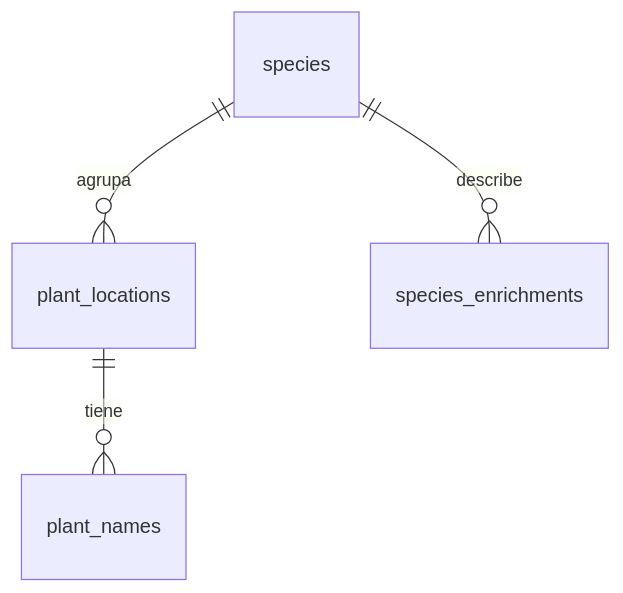
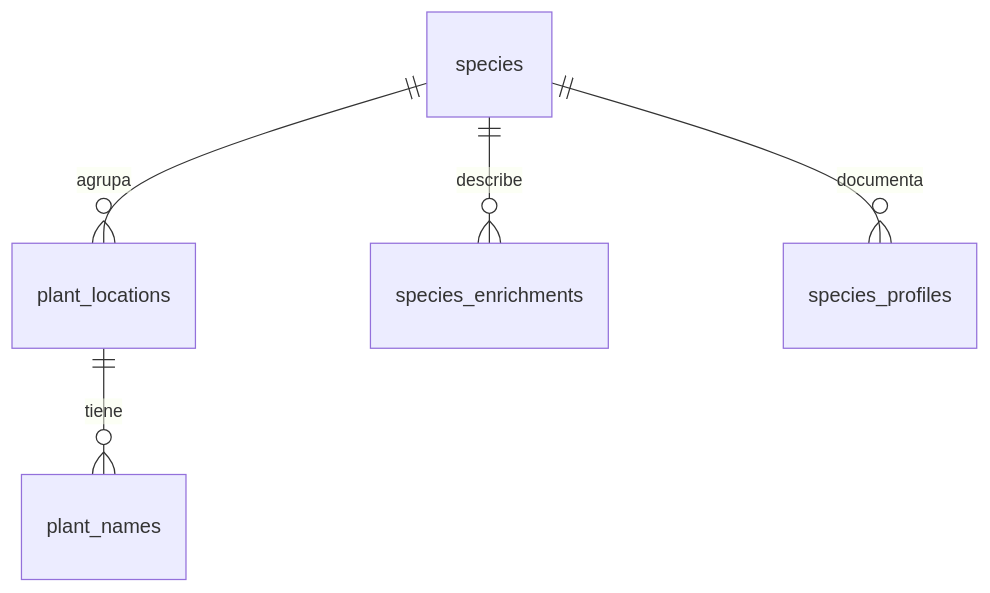
One commit to huugok/NatureMaps-Backend changed the diagram in docs/data-model.md. Above: the diagram before and after it, drawn with Mermaid. The commit also changed other lines of this file and 12 other files, not shown here.

````diff
--- a/docs/data-model.md
+++ b/docs/data-model.md
@@ -21,6 +22,7 @@
 ```mermaid
 erDiagram
   species ||--o{ plant_locations : agrupa
   plant_locations ||--o{ plant_names : tiene
   species ||--o{ species_enrichments : describe
+  species ||--o{ species_profiles : documenta
 ```
````
